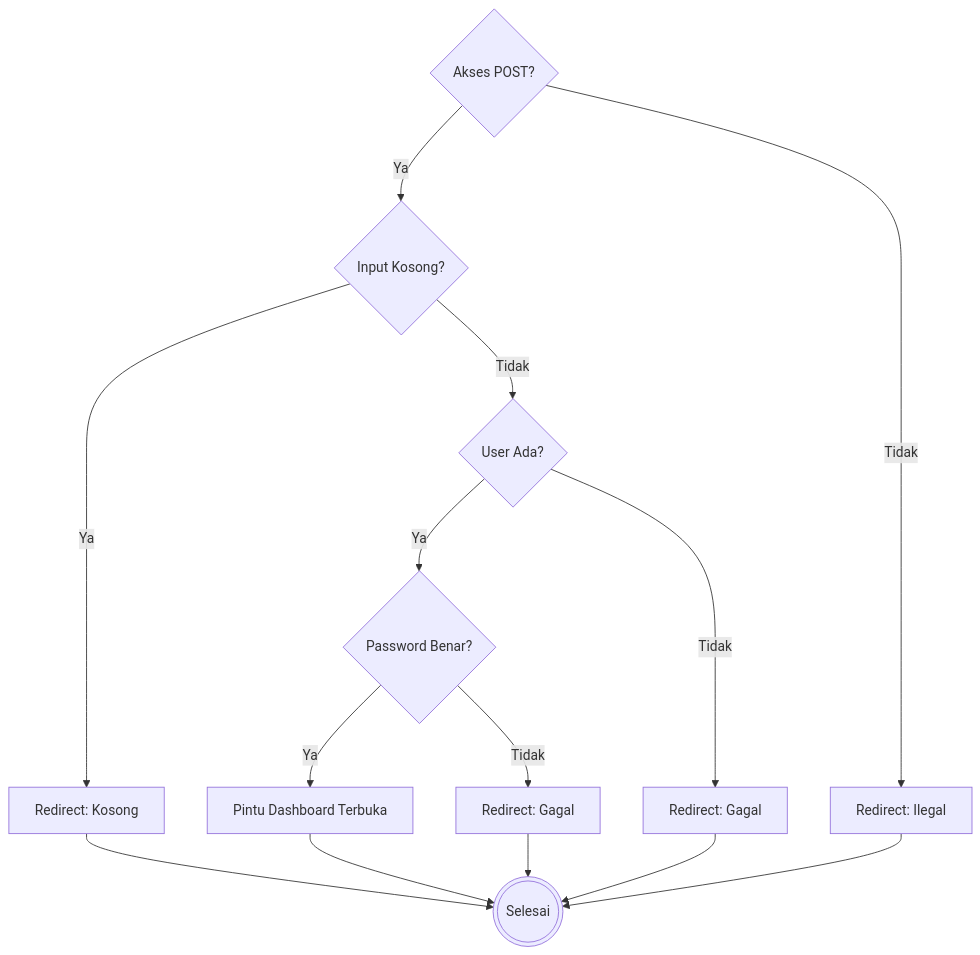
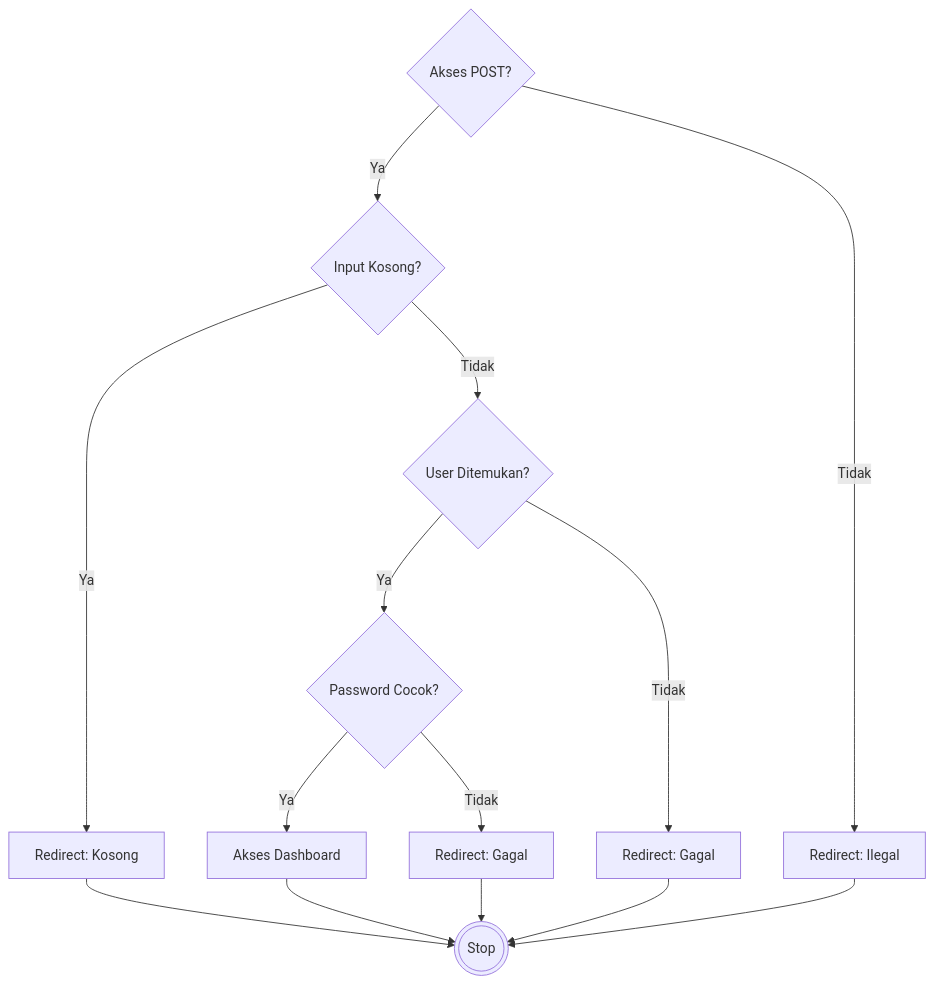
Before and after one commit to arbain-dev/Web_fikom: the first of 6 diagrams in docs/07_PENGUJIAN_WHITE_BOX.md, drawn with Mermaid. The commit also changed other lines of this file, not shown here.

````diff
--- a/docs/07_PENGUJIAN_WHITE_BOX.md
+++ b/docs/07_PENGUJIAN_WHITE_BOX.md
@@ -37,20 +30,20 @@
 ```mermaid
 flowchart TD
     1{Akses POST?} -->|Ya| 2{Input Kosong?}
     1 -->|Tidak| 9[Redirect: Ilegal]
     
     2 -->|Ya| 3[Redirect: Kosong]
-    2 -->|Tidak| 4{User Ada?}
+    2 -->|Tidak| 4{User Ditemukan?}
     
-    4 -->|Ya| 5{Password Benar?}
+    4 -->|Ya| 5{Password Cocok?}
     4 -->|Tidak| 8[Redirect: Gagal]
     
-    5 -->|Ya| 6[Pintu Dashboard Terbuka]
+    5 -->|Ya| 6[Akses Dashboard]
     5 -->|Tidak| 7[Redirect: Gagal]
     
-    3 --> 10(((Selesai)))
+    3 --> 10(((Stop)))
     6 --> 10
     7 --> 10
     8 --> 10
     9 --> 10
 ```
````
